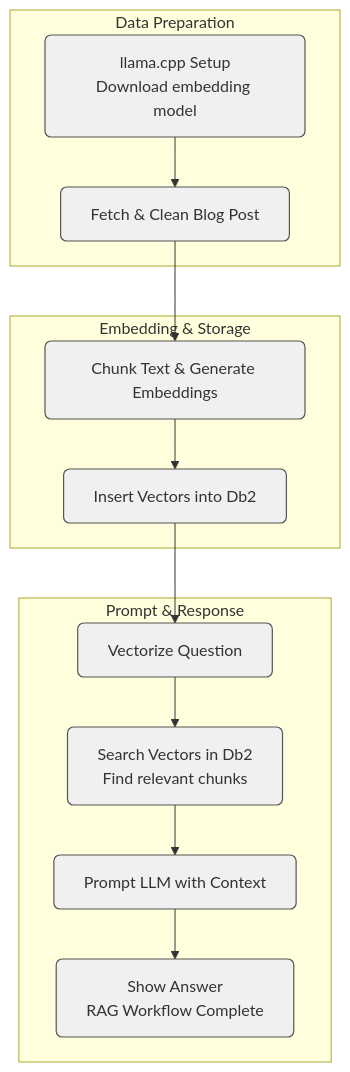
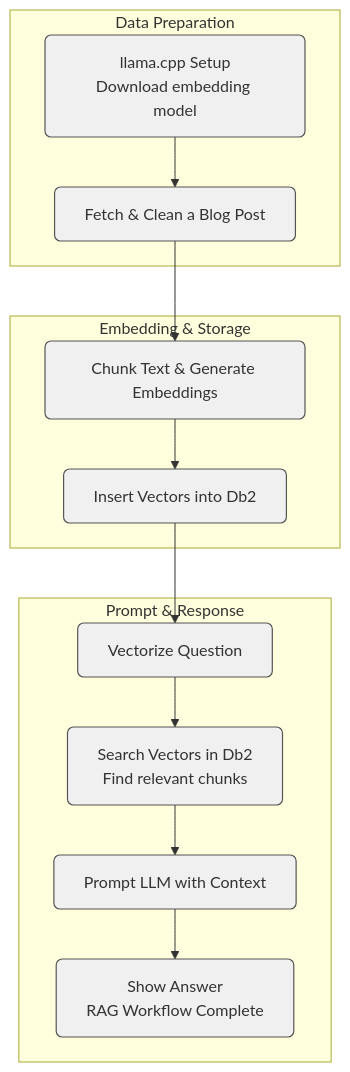
Before and after one commit to shaikhq/rag-db2-llamacpp: the diagram in README.md, drawn with Mermaid. The commit also changed other lines of this file, not shown here.

````diff
--- a/README.md
+++ b/README.md
@@ -27,24 +27,24 @@
 ```mermaid
 flowchart TD
     subgraph Data Preparation
         A[llama.cpp Setup<br>Download embedding model]
-        B[Fetch & Clean Blog Post]
+        B[Fetch & Clean a Blog Post]
     end
 
     subgraph Embedding & Storage
         C[Chunk Text & Generate Embeddings]
         D[Insert Vectors into Db2]
     end
 
     subgraph Prompt & Response
         E[Vectorize Question]
         F[Search Vectors in Db2<br>Find relevant chunks]
         G[Prompt LLM with Context]
         H[Show Answer<br>RAG Workflow Complete]
     end
 
     A --> B --> C --> D --> E --> F --> G --> H
 
     classDef nodeStyle fill:#f0f0f0,stroke:#555,stroke-width:1.2px,rx:6,ry:6;
     class A,B,C,D,E,F,G,H nodeStyle;
 ```
````
